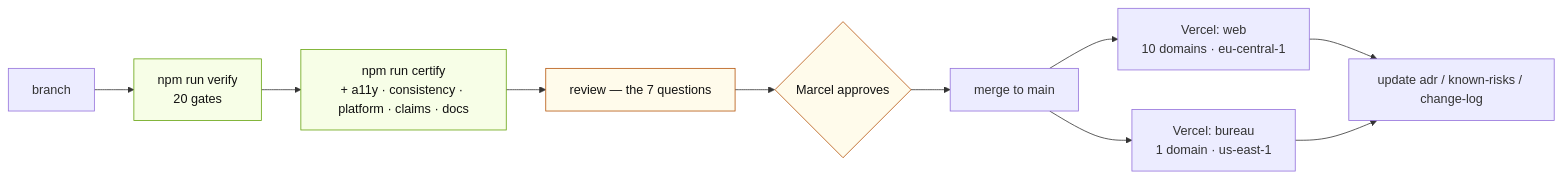
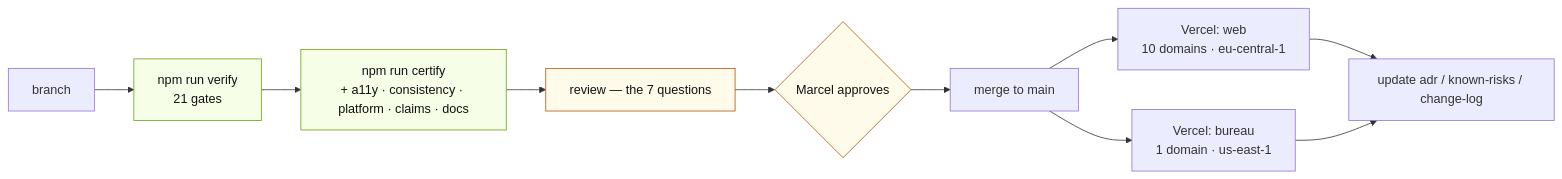
The eighth of 10 diagrams in docs/architecture/diagrams.md (buddy1974/maxpromo.digital), drawn with Mermaid before and after one commit. The commit also changed 9 other files, not shown here.

````diff
--- a/docs/architecture/diagrams.md
+++ b/docs/architecture/diagrams.md
@@ -276,19 +276,19 @@
 ```mermaid
 flowchart LR
-  BR["branch"] --> V["npm run verify<br/>20 gates"]
+  BR["branch"] --> V["npm run verify<br/>21 gates"]
   V --> C["npm run certify<br/>+ a11y · consistency · platform · claims · docs"]
   C --> REV["review — the 7 questions"]
   REV --> APP{"Marcel approves"}
   APP --> MERGE["merge to main"]
 
   MERGE --> VW["Vercel: web<br/>10 domains · eu-central-1"]
   MERGE --> VB["Vercel: bureau<br/>1 domain · us-east-1"]
 
   VW --> DOC["update adr / known-risks / change-log"]
   VB --> DOC
 
   classDef gate fill:#F7FEE7,stroke:#65A30D,color:#111111
   classDef human fill:#FFFBEB,stroke:#B45309,color:#111111
   class V,C gate
   class REV,APP human
 ```
````
